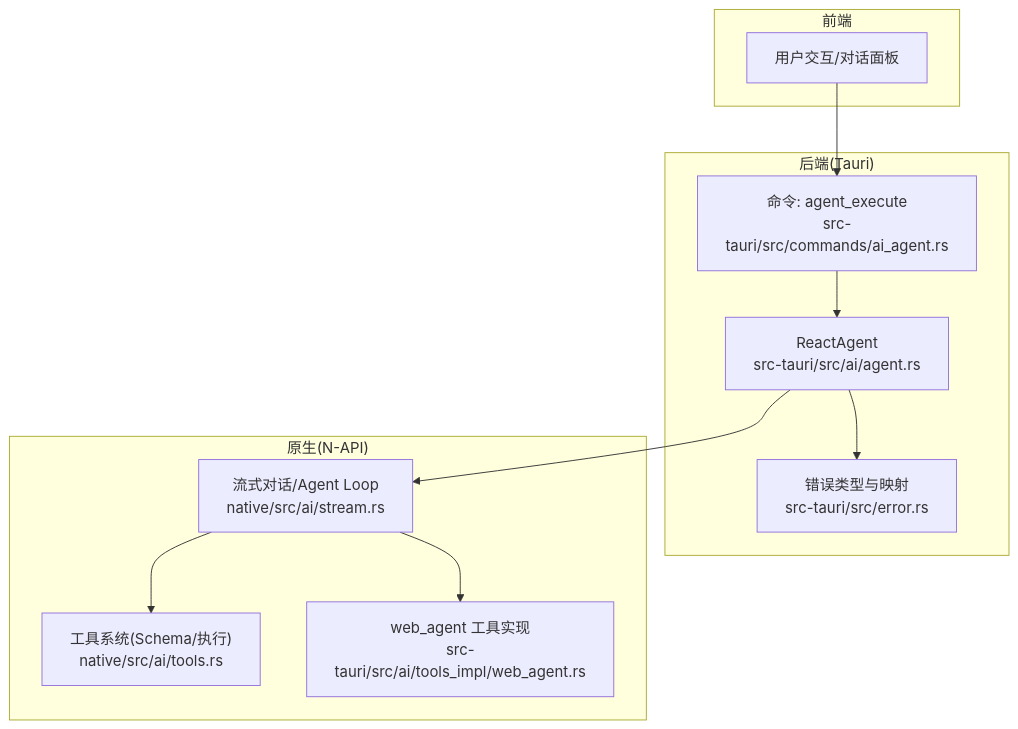
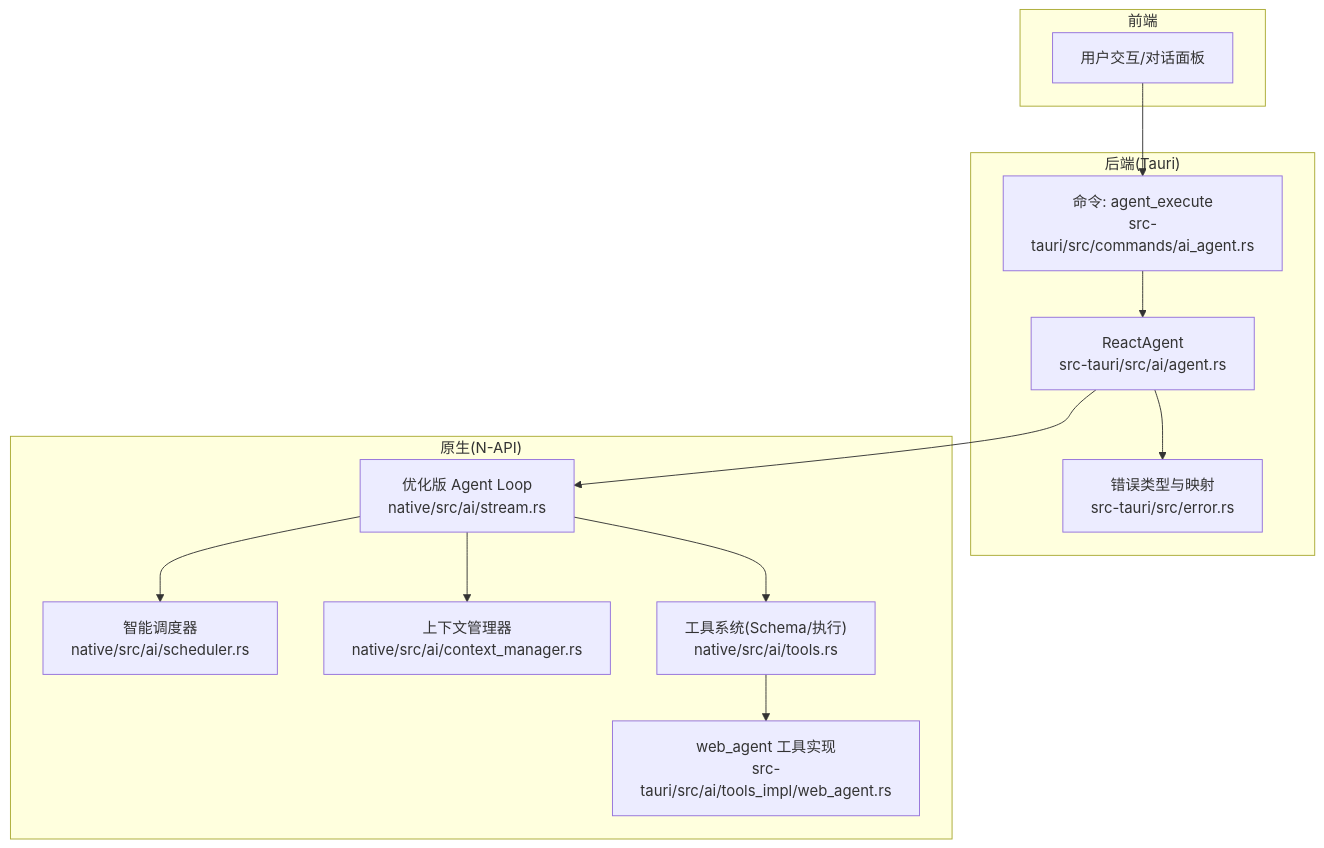
One commit to baike08/cosurf changed the first of 8 diagrams in .qoder/repowiki/zh/content/AI 代理系统/Agent Loop 核心引擎.md. Above: the diagram before and after it, drawn with Mermaid. The commit also changed other lines of this file and 15 other files, not shown here.

````diff
--- a/.qoder/repowiki/zh/content/AI 代理系统/Agent Loop 核心引擎.md
+++ b/.qoder/repowiki/zh/content/AI 代理系统/Agent Loop 核心引擎.md
@@ -43,22 +58,26 @@
 ```mermaid
 graph TB
 subgraph "后端(Tauri)"
 CMD["命令: agent_execute<br/>src-tauri/src/commands/ai_agent.rs"]
 AGENT["ReactAgent<br/>src-tauri/src/ai/agent.rs"]
 ERR["错误类型与映射<br/>src-tauri/src/error.rs"]
 end
 subgraph "原生(N-API)"
-NATIVE_STREAM["流式对话/Agent Loop<br/>native/src/ai/stream.rs"]
+OPTIMIZED["优化版 Agent Loop<br/>native/src/ai/stream.rs"]
+SCHEDULER["智能调度器<br/>native/src/ai/scheduler.rs"]
+CONTEXT["上下文管理器<br/>native/src/ai/context_manager.rs"]
 TOOLS["工具系统(Schema/执行)<br/>native/src/ai/tools.rs"]
 WEB_AGENT_IMPL["web_agent 工具实现<br/>src-tauri/src/ai/tools_impl/web_agent.rs"]
 end
 subgraph "前端"
 UI["用户交互/对话面板"]
 end
 UI --> CMD
 CMD --> AGENT
-AGENT --> NATIVE_STREAM
-NATIVE_STREAM --> TOOLS
-NATIVE_STREAM --> WEB_AGENT_IMPL
+AGENT --> OPTIMIZED
+OPTIMIZED --> SCHEDULER
+OPTIMIZED --> CONTEXT
+OPTIMIZED --> TOOLS
+TOOLS --> WEB_AGENT_IMPL
 AGENT --> ERR
 ```
````
